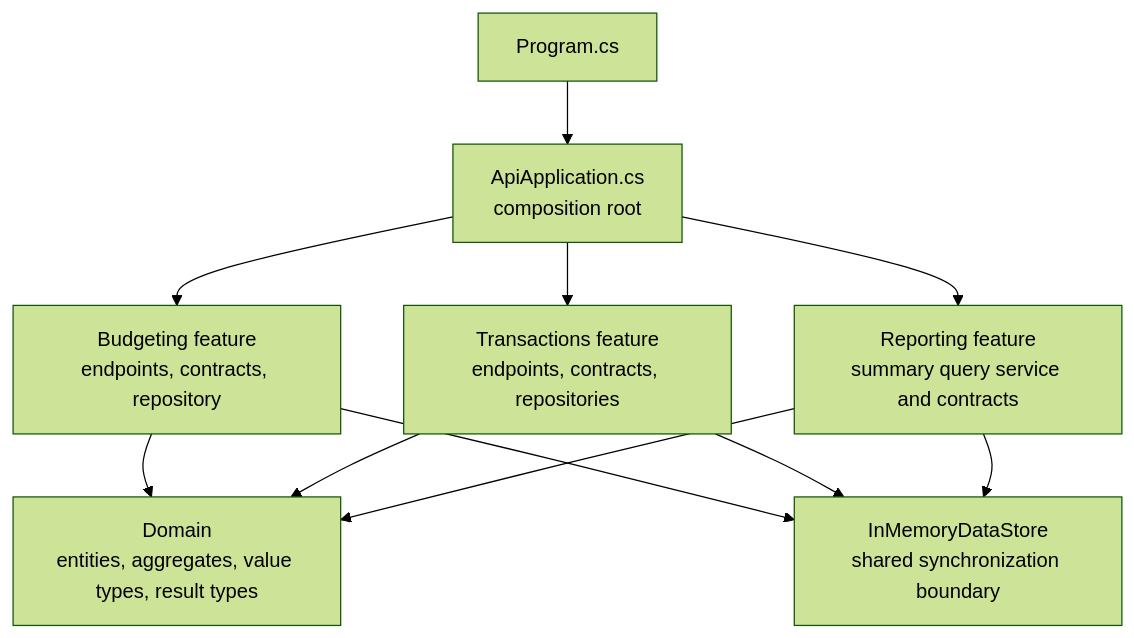
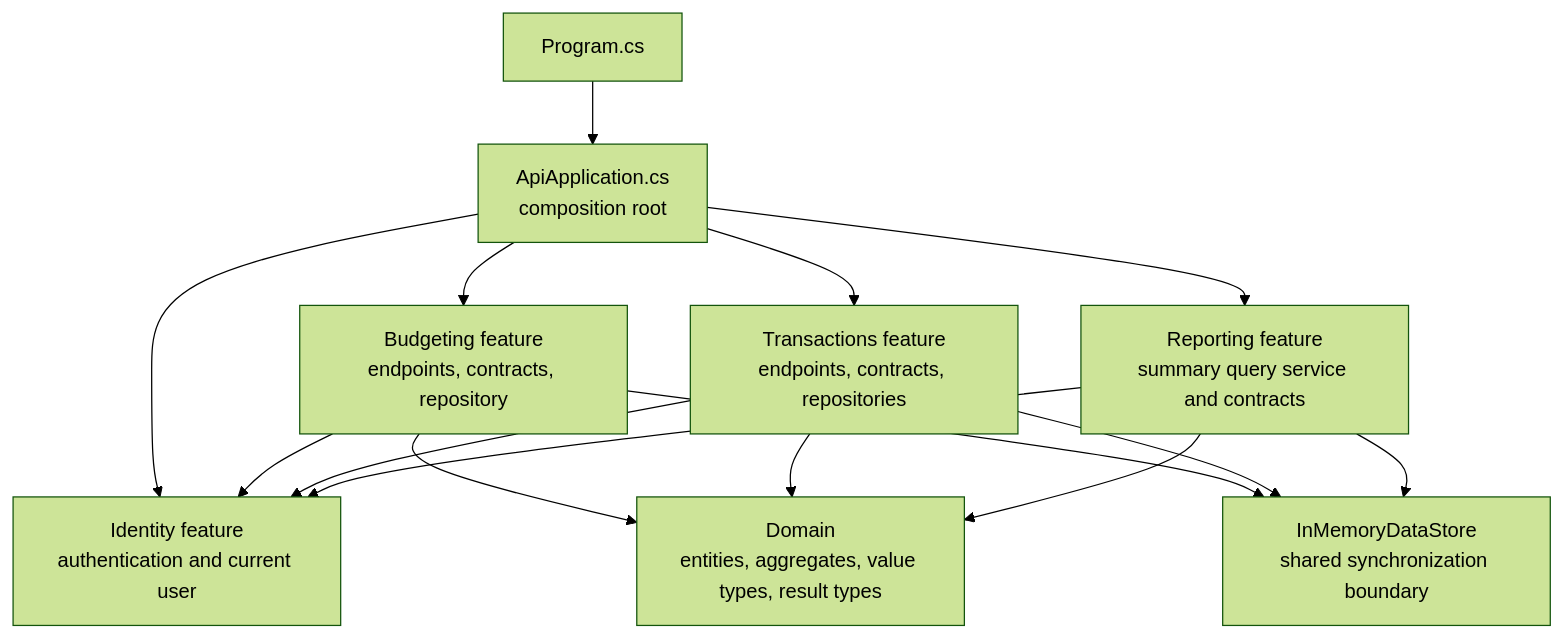
The third of 5 diagrams in docs/architecture.md (kierondye/BudgetyTzar), drawn with Mermaid (forest theme) before and after one commit. The commit also changed other lines of this file and 18 other files, not shown here.

````diff
--- a/docs/architecture.md
+++ b/docs/architecture.md
@@ -58,21 +58,26 @@
 ```mermaid
 flowchart TB
     program["Program.cs"]
     composition["ApiApplication.cs<br/>composition root"]
+    identity["Identity feature<br/>authentication and current user"]
     budget["Budgeting feature<br/>endpoints, contracts, repository"]
     transaction["Transactions feature<br/>endpoints, contracts, repositories"]
     reporting["Reporting feature<br/>summary query service and contracts"]
     domain["Domain<br/>entities, aggregates, value types, result types"]
     store["InMemoryDataStore<br/>shared synchronization boundary"]
 
     program --> composition
+    composition --> identity
     composition --> budget
     composition --> transaction
     composition --> reporting
+    budget --> identity
+    transaction --> identity
+    reporting --> identity
     budget --> domain
     transaction --> domain
     reporting --> domain
     budget --> store
     transaction --> store
     reporting --> store
 ```
````
